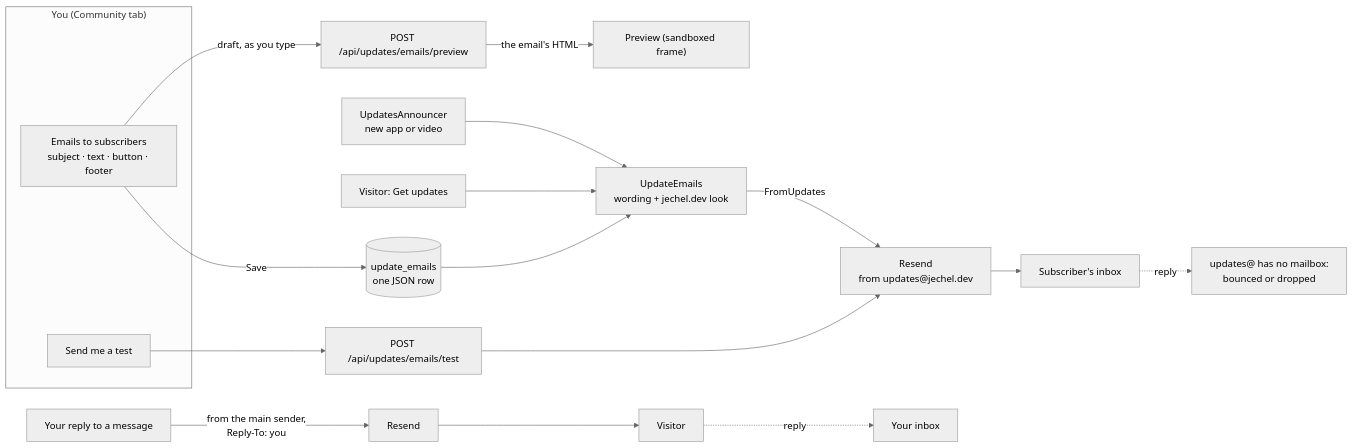
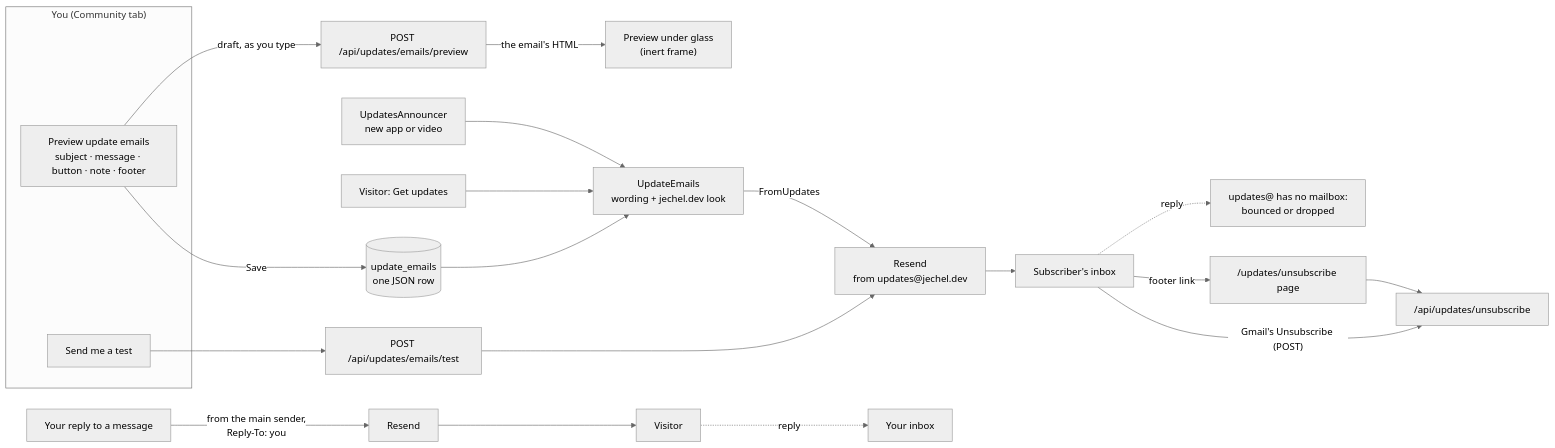
The diagram in README.md (ClaoMike/jechel.dev.2026), drawn with Mermaid (neutral theme) before and after one commit. The commit also changed other lines of this file and 27 other files, not shown here.

Commit message:
Update emails: unsubscribing from a test or Gmail's button works, the icon travels inside the email, preview under glass, a message and note for every email, no descriptions; "Nothing here yet" lists; tests; README

````diff
--- a/README.md
+++ b/README.md
@@ -693,18 +702,20 @@
 ```mermaid
 flowchart LR
   subgraph Admin["You (Community tab)"]
-    edit["Emails to subscribers<br/>subject · text · button · footer"]
+    edit["Preview update emails<br/>subject · message · button · note · footer"]
     test["Send me a test"]
   end
   edit -- "draft, as you type" --> preview["POST /api/updates/emails/preview"]
-  preview -- "the email's HTML" --> frame["Preview (sandboxed frame)"]
+  preview -- "the email's HTML" --> frame["Preview under glass<br/>(inert frame)"]
   edit -- "Save" --> row[("update_emails<br/>one JSON row")]
   test --> testApi["POST /api/updates/emails/test"] --> resend
   row --> render["UpdateEmails<br/>wording + jechel.dev look"]
   subscribe["Visitor: Get updates"] --> render
   announcer["UpdatesAnnouncer<br/>new app or video"] --> render
   render -- "FromUpdates" --> resend["Resend<br/>from updates@jechel.dev"]
   resend --> inbox["Subscriber's inbox"]
   inbox -. "reply" .-> nowhere["updates@ has no mailbox:<br/>bounced or dropped"]
+  inbox -- "Gmail's Unsubscribe (POST)" --> unsub["/api/updates/unsubscribe"]
+  inbox -- "footer link" --> unsubPage["/updates/unsubscribe page"] --> unsub
   replies["Your reply to a message"] -- "from the main sender,<br/>Reply-To: you" --> resend2["Resend"] --> them["Visitor"] -. "reply" .-> you["Your inbox"]
 ```
````
